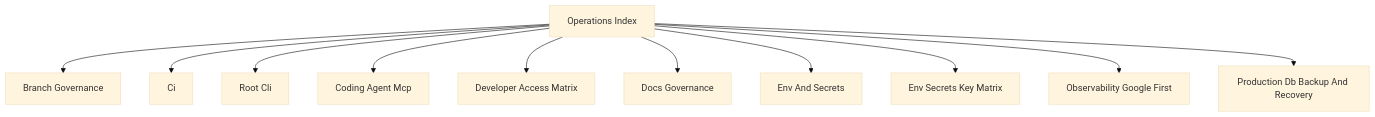
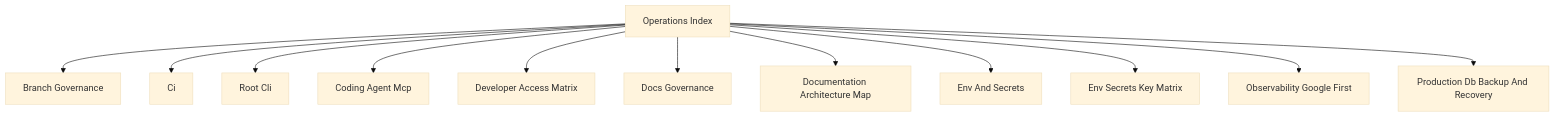
One commit to hushh-labs/hushh-research changed the diagram in docs/reference/operations/README.md. Above: the diagram before and after it, drawn with Mermaid (base theme). The commit also changed other lines of this file and 39 other files, not shown here.

````diff
--- a/docs/reference/operations/README.md
+++ b/docs/reference/operations/README.md
@@ -6,24 +6,26 @@
 ```mermaid
 flowchart TD
   root["Operations Index"]
   n1["Branch Governance"]
   root --> n1
   n2["Ci"]
   root --> n2
   n3["Root Cli"]
   root --> n3
   n4["Coding Agent Mcp"]
   root --> n4
   n5["Developer Access Matrix"]
   root --> n5
   n6["Docs Governance"]
   root --> n6
+  n11["Documentation Architecture Map"]
+  root --> n11
   n7["Env And Secrets"]
   root --> n7
   n8["Env Secrets Key Matrix"]
   root --> n8
   n9["Observability Google First"]
   root --> n9
   n10["Production Db Backup And Recovery"]
   root --> n10
 ```
````
